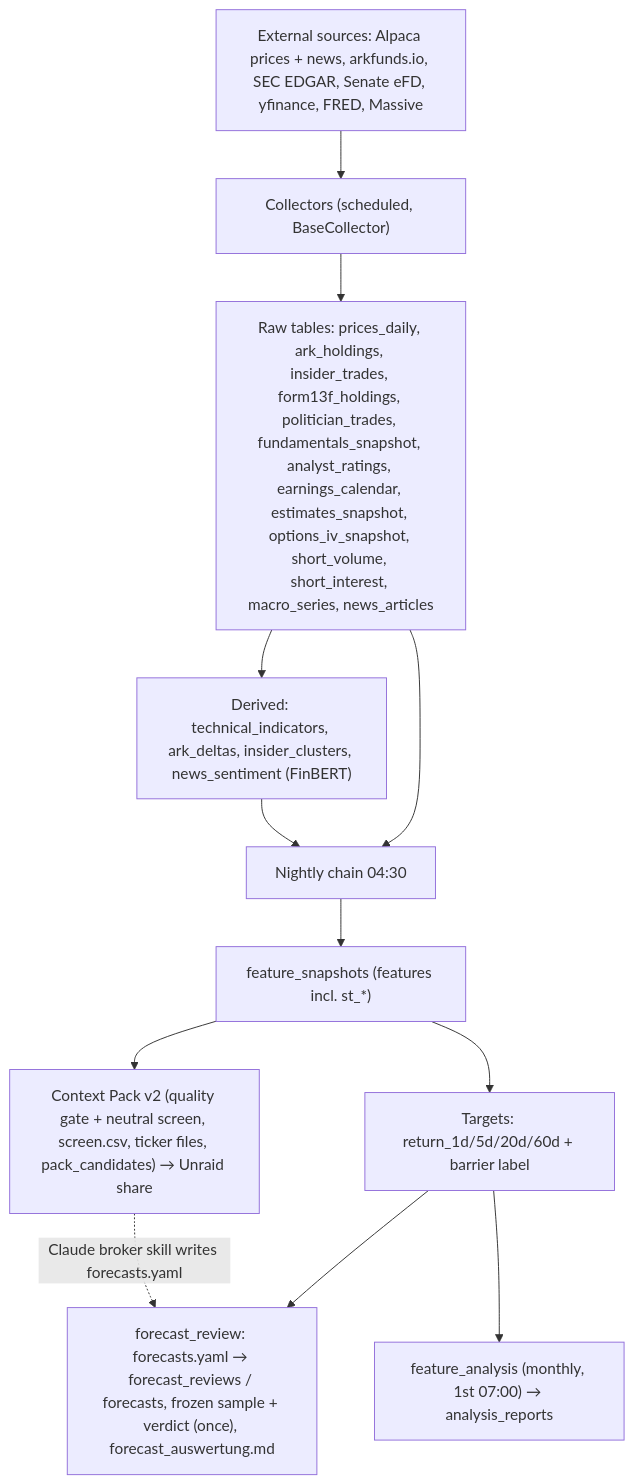
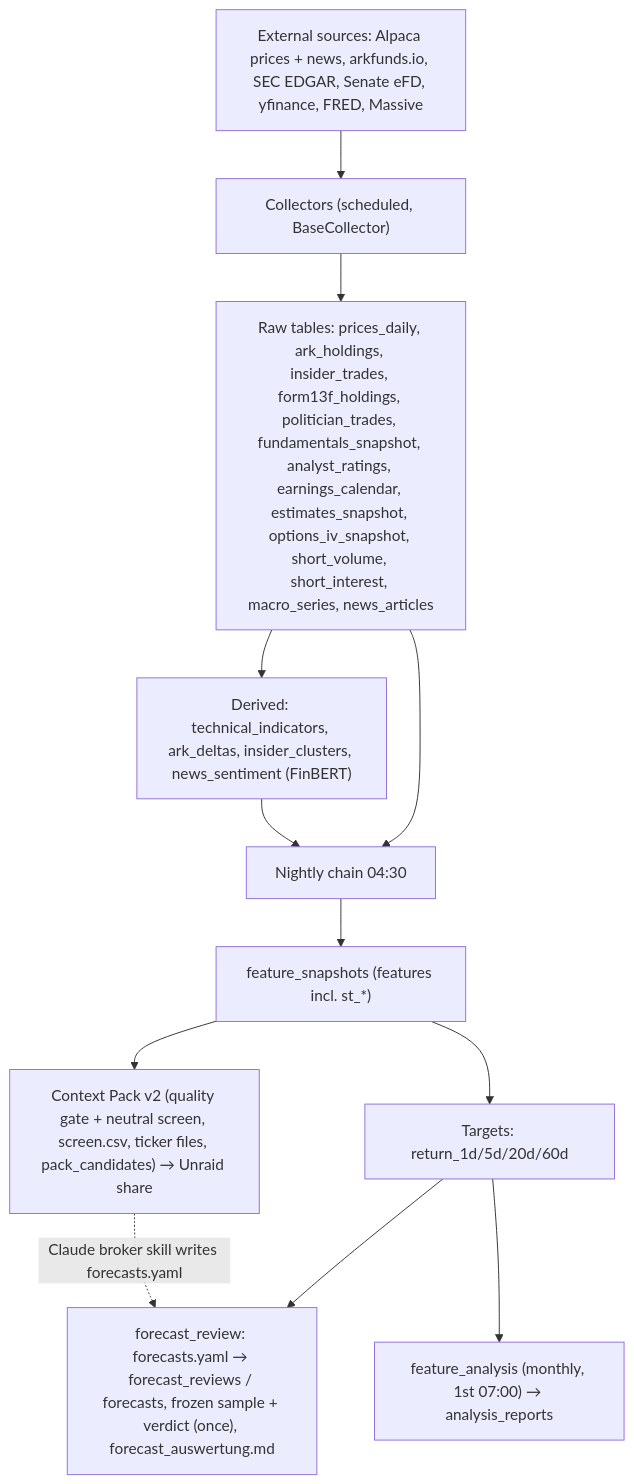
The first of 2 diagrams in docs/ARCHITECTURE.md (sebastianganser/Alpaca-Broker), drawn with Mermaid before and after one commit. The commit also changed other lines of this file and 29 other files, not shown here.

````diff
--- a/docs/ARCHITECTURE.md
+++ b/docs/ARCHITECTURE.md
@@ -259,14 +256,14 @@
 ```mermaid
 flowchart TD
     SRC["External sources: Alpaca prices + news, arkfunds.io, SEC EDGAR, Senate eFD, yfinance, FRED, Massive"] --> COL["Collectors (scheduled, BaseCollector)"]
     COL --> RAW["Raw tables: prices_daily, ark_holdings, insider_trades, form13f_holdings, politician_trades, fundamentals_snapshot, analyst_ratings, earnings_calendar, estimates_snapshot, options_iv_snapshot, short_volume, short_interest, macro_series, news_articles"]
     RAW --> DER["Derived: technical_indicators, ark_deltas, insider_clusters, news_sentiment (FinBERT)"]
     RAW --> CHAIN
     DER --> CHAIN["Nightly chain 04:30"]
     CHAIN --> FS["feature_snapshots (features incl. st_*)"]
-    FS --> TGT["Targets: return_1d/5d/20d/60d + barrier label"]
+    FS --> TGT["Targets: return_1d/5d/20d/60d"]
     TGT --> S2["forecast_review: forecasts.yaml → forecast_reviews / forecasts, frozen sample + verdict (once), forecast_auswertung.md"]
     FS --> CP["Context Pack v2 (quality gate + neutral screen, screen.csv, ticker files, pack_candidates) → Unraid share"]
     CP -. "Claude broker skill writes forecasts.yaml" .-> S2
     TGT --> FA["feature_analysis (monthly, 1st 07:00) → analysis_reports"]
 ```
````
